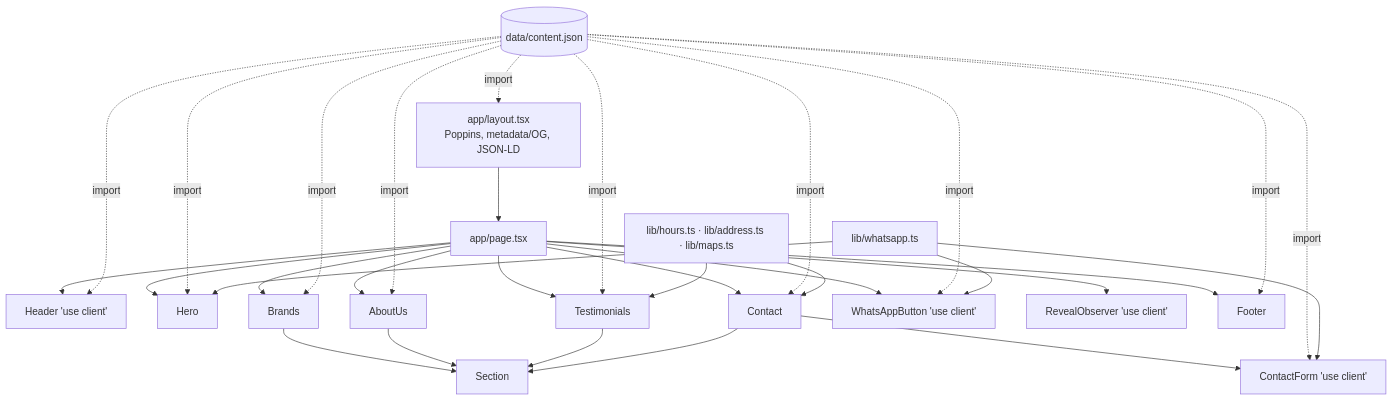
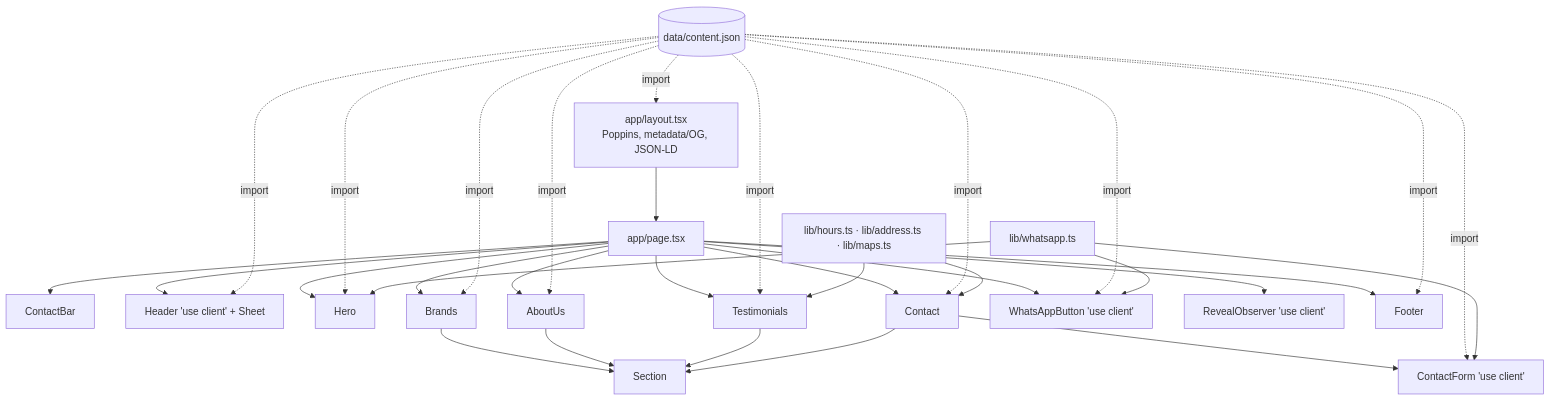
Before and after one commit to Lima08/Galmar: the diagram in .specs/codebase/ARCHITECTURE.md, drawn with Mermaid. The commit also changed other lines of this file and 8 other files, not shown here.

Commit message:
docs(specs): add f4 header-contact-bar spec, review and codebase maps

````diff
--- a/.specs/codebase/ARCHITECTURE.md
+++ b/.specs/codebase/ARCHITECTURE.md
@@ -7,18 +7,19 @@
 ```mermaid
 graph TD
   L[app/layout.tsx<br/>Poppins, metadata/OG, JSON-LD] --> P[app/page.tsx]
-  P --> H[Header 'use client']
+  P --> CB[ContactBar]
+  P --> H[Header 'use client' + Sheet]
   P --> Hero
   P --> Brands
   P --> AboutUs
   P --> Testimonials
   P --> C[Contact]
   C --> CF[ContactForm 'use client']
   P --> W[WhatsAppButton 'use client']
   P --> R[RevealObserver 'use client']
   Brands & AboutUs & Testimonials & C --> S[Section]
   P --> F[Footer]
   JSON[(data/content.json)] -.import.-> L & H & Hero & Brands & AboutUs & Testimonials & C & CF & W & F
   WA[lib/whatsapp.ts] --> CF & W & Hero
   LIB[lib/hours.ts · lib/address.ts · lib/maps.ts] --> C & Testimonials
 ```
````
